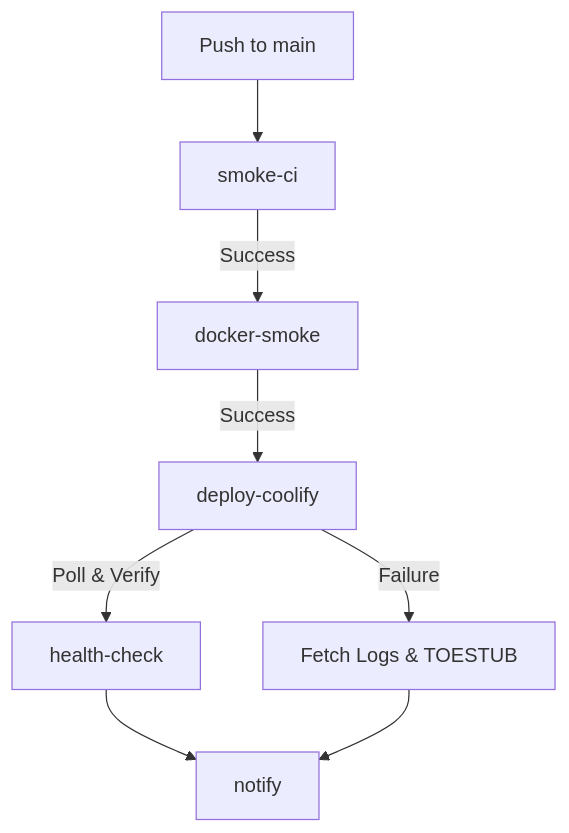
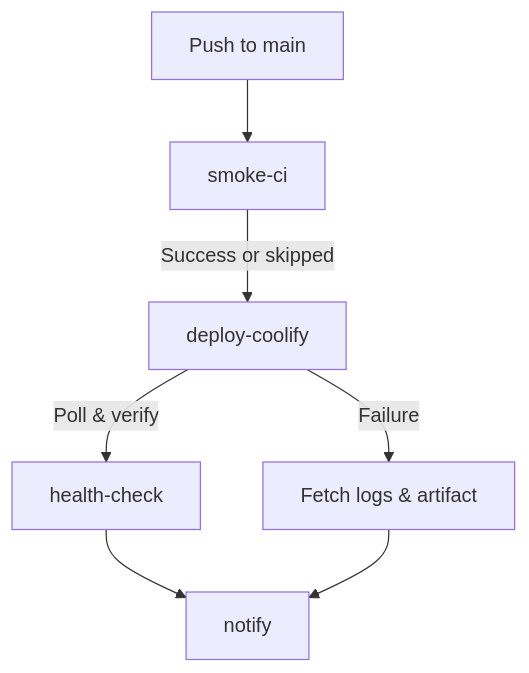
One commit to vox-foundation/vox changed the diagram in docs/src/ci/deploy-contract.md. Above: the diagram before and after it, drawn with Mermaid. The commit also changed other lines of this file and 26 other files, not shown here.

First line of the commit message:
fix(ci): Coolify API deploy, rust-toolchain pin, workflow bumps

````diff
--- a/docs/src/ci/deploy-contract.md
+++ b/docs/src/ci/deploy-contract.md
@@ -14,10 +14,9 @@
 ```mermaid
 graph TD
   A[Push to main] --> B[smoke-ci]
-  B -->|Success| C[docker-smoke]
-  C -->|Success| D[deploy-coolify]
-  D -->|Poll & Verify| E[health-check]
+  B -->|Success or skipped| D[deploy-coolify]
+  D -->|Poll & verify| E[health-check]
   E --> F[notify]
-  D -->|Failure| G[Fetch Logs & TOESTUB]
+  D -->|Failure| G[Fetch logs & artifact]
   G --> F
 ```
````
